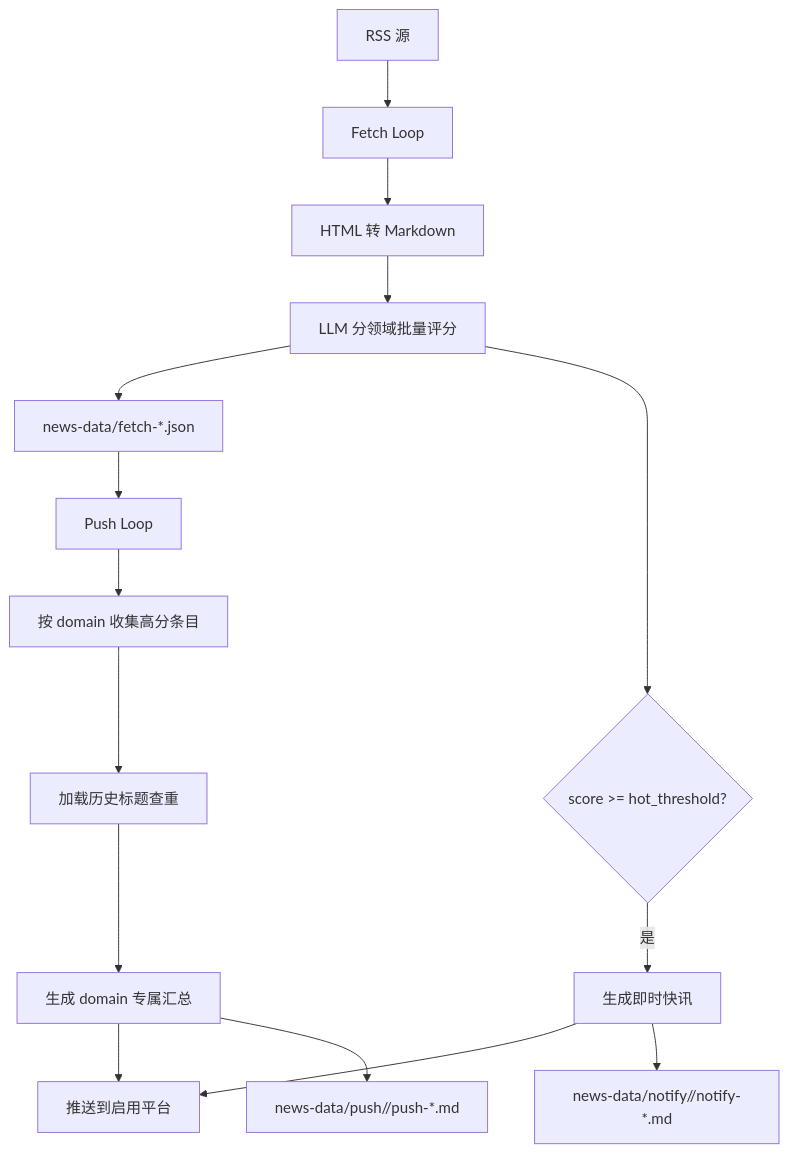
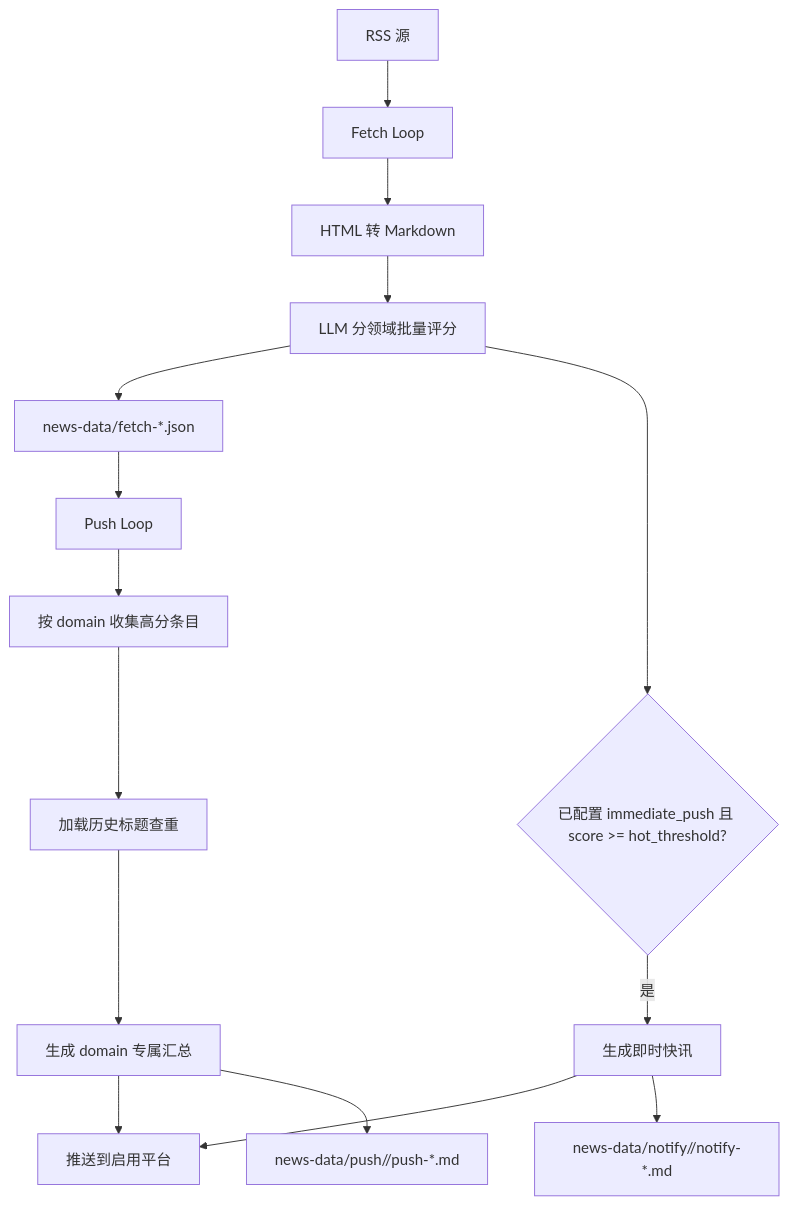
Before and after one commit to David-Su/ai-daily: the diagram in README.md, drawn with Mermaid.

Commit message:
docs: README 流程图标注即时推送条件

````diff
--- a/README.md
+++ b/README.md
@@ -252,17 +252,17 @@
 ```mermaid
 flowchart TD
     A["RSS 源"] --> B["Fetch Loop"]
     B --> C["HTML 转 Markdown"]
     C --> D["LLM 分领域批量评分"]
     D --> E["news-data/fetch-*.json"]
-    D --> F{"score >= hot_threshold?"}
+    D --> F{"已配置 immediate_push 且 score >= hot_threshold?"}
     F -->|是| G["生成即时快讯"]
     G --> H["推送到启用平台"]
     G --> I["news-data/notify/<domain>/notify-*.md"]
     E --> J["Push Loop"]
     J --> K["按 domain 收集高分条目"]
     K --> L["加载历史标题查重"]
     L --> M["生成 domain 专属汇总"]
     M --> H
     M --> N["news-data/push/<domain>/push-*.md"]
 ```
````
